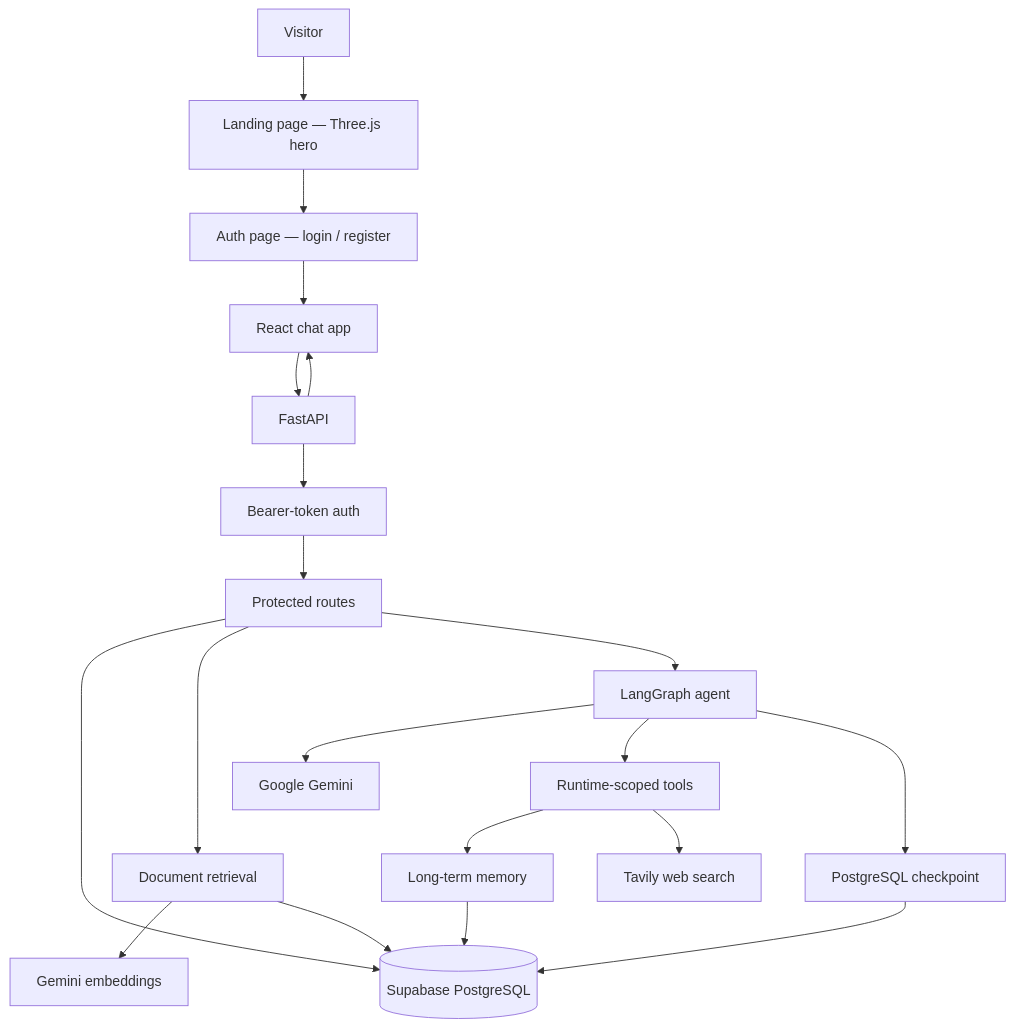
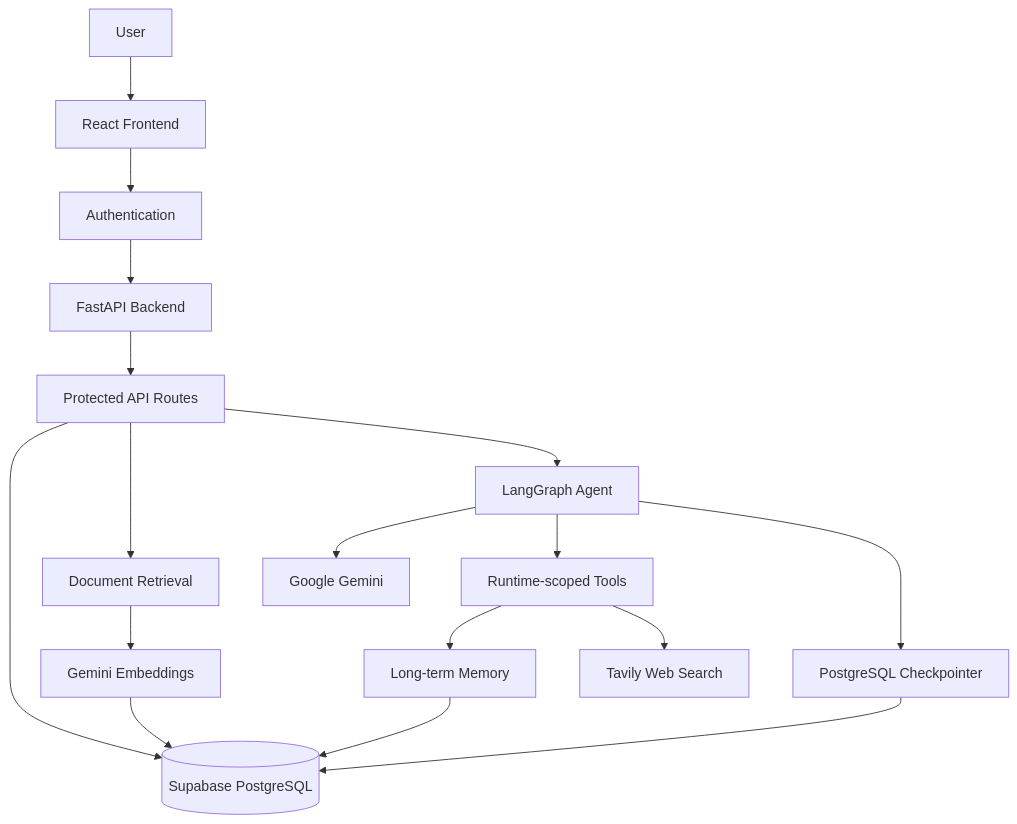
One commit to sxb05/Pagetrail changed the fifth of 11 diagrams in README.md. Above: the diagram before and after it, drawn with Mermaid. The commit also changed other lines of this file, not shown here.

````diff
--- a/README.md
+++ b/README.md
@@ -79,22 +183,27 @@
 ```mermaid
 flowchart TD
-    V[Visitor] --> LP[Landing page — Three.js hero]
-    LP --> AUTH_PAGE[Auth page — login / register]
-    AUTH_PAGE --> APP[React chat app]
-    APP --> API[FastAPI]
-    API --> AUTH[Bearer-token auth]
-    AUTH --> ROUTES[Protected routes]
-    ROUTES --> DB[(Supabase PostgreSQL)]
-    ROUTES --> RAG[Document retrieval]
-    ROUTES --> AGENT[LangGraph agent]
-    RAG --> EMB[Gemini embeddings]
-    RAG --> DB
-    AGENT --> LLM[Google Gemini]
-    AGENT --> TOOLS[Runtime-scoped tools]
-    TOOLS --> MEMORY[Long-term memory]
-    TOOLS --> WEB[Tavily web search]
+    U["User"]
+    --> FE["React Frontend"]
+
+    FE --> AUTH["Authentication"]
+    AUTH --> API["FastAPI Backend"]
+
+    API --> ROUTES["Protected API Routes"]
+
+    ROUTES --> DB[("Supabase PostgreSQL")]
+    ROUTES --> RAG["Document Retrieval"]
+    ROUTES --> AGENT["LangGraph Agent"]
+
+    RAG --> EMB["Gemini Embeddings"]
+    EMB --> DB
+
+    AGENT --> LLM["Google Gemini"]
+    AGENT --> TOOLS["Runtime-scoped Tools"]
+
+    TOOLS --> MEMORY["Long-term Memory"]
+    TOOLS --> WEB["Tavily Web Search"]
+
     MEMORY --> DB
-    AGENT --> CHECKPOINT[PostgreSQL checkpoint]
-    CHECKPOINT --> DB
-    API --> APP
+    AGENT --> CHECK["PostgreSQL Checkpointer"]
+    CHECK --> DB
 ```
````
